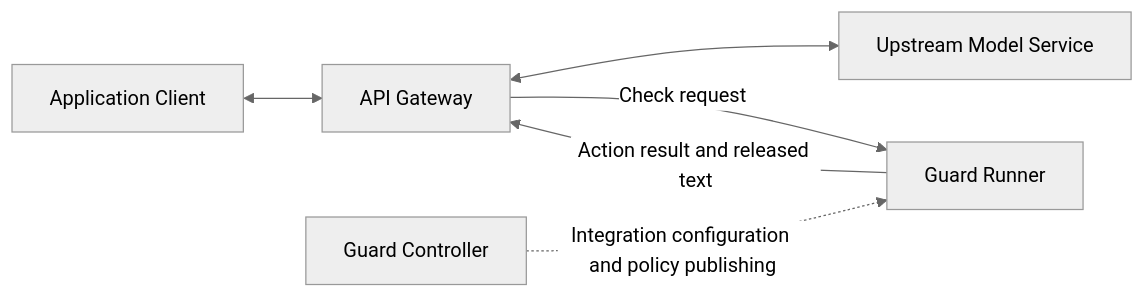
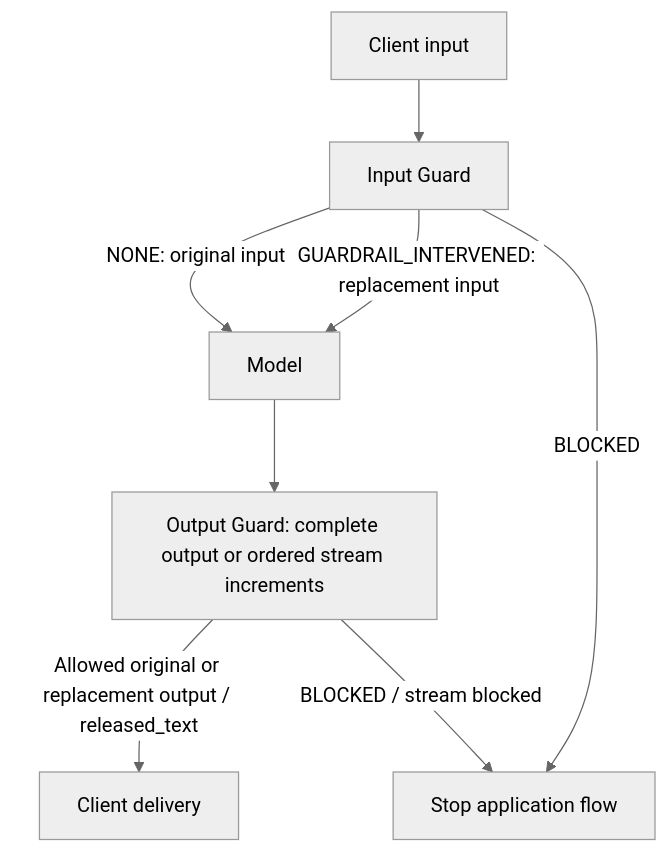
One commit to tasklattice/tasklattice-guard changed the diagram in docs/gateway-integration.md. Above: the diagram before and after it, drawn with Mermaid (neutral theme). The commit also changed other lines of this file, not shown here.

Commit message:
docs: docs/gateway-integration.md

````diff
--- a/docs/gateway-integration.md
+++ b/docs/gateway-integration.md
@@ -36,8 +84,10 @@
 ```mermaid
-flowchart LR
-    C[Application Client] <--> G[API Gateway]
-    G <--> L[Upstream Model Service]
-    G -->|Check request| R[Guard Runner]
-    R -->|Action result and released text| G
-    CP[Guard Controller] -.Integration configuration and policy publishing.-> R
+flowchart TD
+    C[Client input] --> I[Input Guard]
+    I -->|NONE: original input| M[Model]
+    I -->|GUARDRAIL_INTERVENED: replacement input| M
+    I -->|BLOCKED| S[Stop application flow]
+    M --> O[Output Guard: complete output or ordered stream increments]
+    O -->|Allowed original or replacement output / released_text| D[Client delivery]
+    O -->|BLOCKED / stream blocked| S
 ```
````
